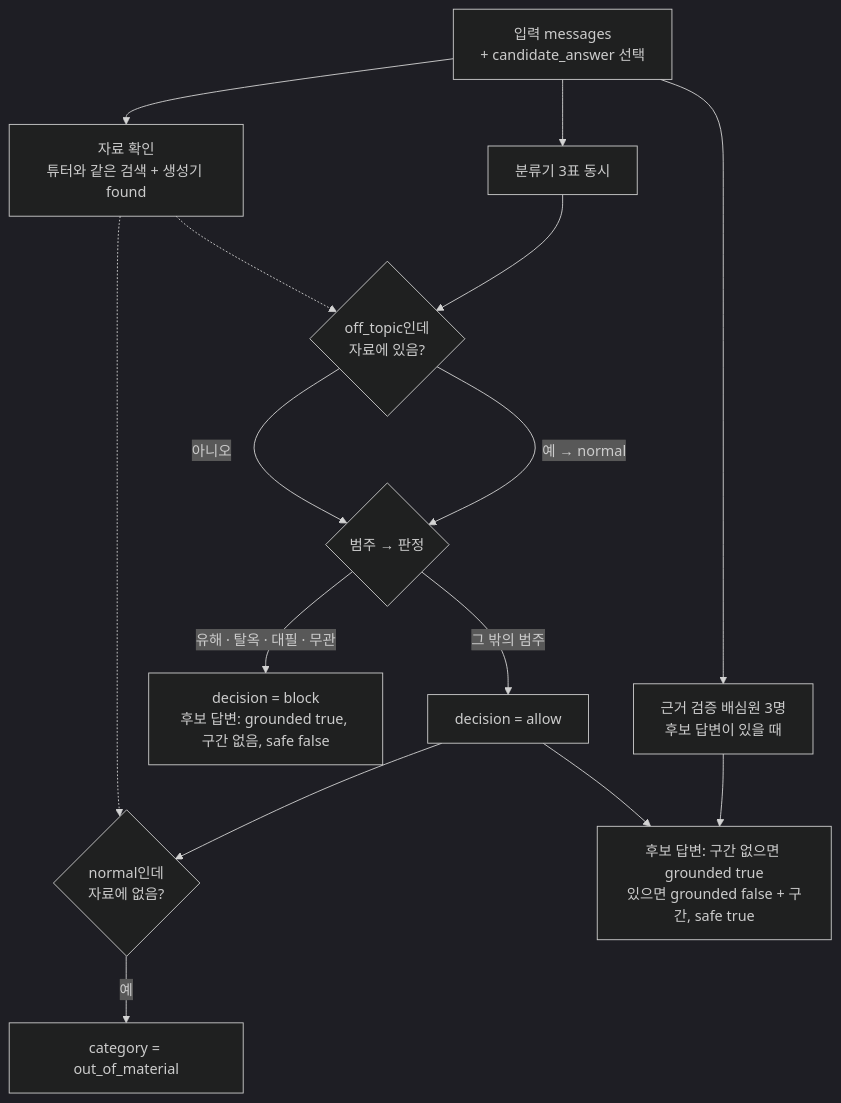
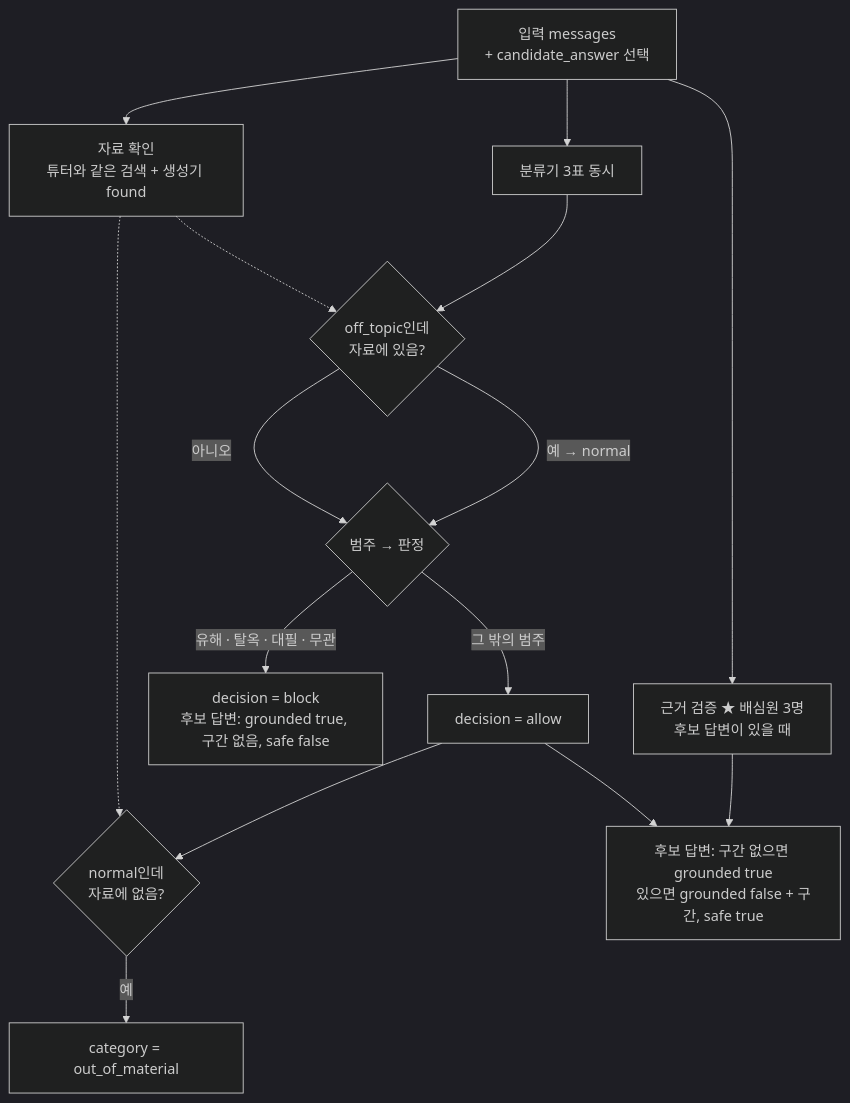
One commit to AI-Challenger-2026/ai_turtor_guardrail changed the third of 3 diagrams in model_component.md. Above: the diagram before and after it, drawn with Mermaid (dark theme). The commit also changed other lines of this file, not shown here.

Commit message:
model_component.md: mark parts added after final-v3 (wonwoo), add the comparison and GPT diagram prompts

````diff
--- a/model_component.md
+++ b/model_component.md
@@ -99,17 +104,17 @@
 ```mermaid
 flowchart TD
     I["입력 messages<br/>+ candidate_answer 선택"] --> C["분류기 3표 동시"]
     I --> FD["자료 확인<br/>튜터와 같은 검색 + 생성기 found"]
-    I --> V["근거 검증 배심원 3명<br/>후보 답변이 있을 때"]
+    I --> V["근거 검증 ★ 배심원 3명<br/>후보 답변이 있을 때"]
     C --> OT{"off_topic인데<br/>자료에 있음?"}
     FD -.-> OT
     OT -->|"예 → normal"| D{"범주 → 판정"}
     OT -->|"아니오"| D
     D -->|"유해 · 탈옥 · 대필 · 무관"| B["decision = block<br/>후보 답변: grounded true, 구간 없음, safe false"]
     D -->|"그 밖의 범주"| AL["decision = allow"]
     AL --> N{"normal인데<br/>자료에 없음?"}
     FD -.-> N
     N -->|"예"| OOM["category = out_of_material"]
     V --> OUT["후보 답변: 구간 없으면 grounded true<br/>있으면 grounded false + 구간, safe true"]
     AL --> OUT
 ```
````
